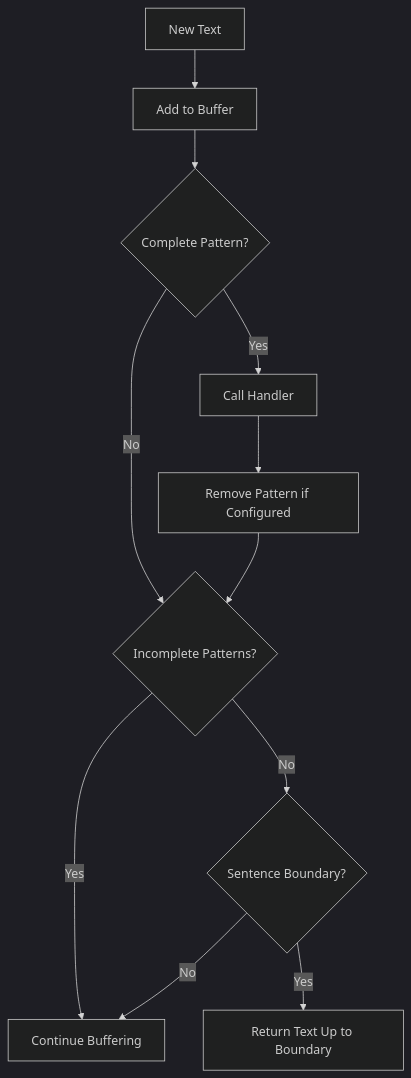
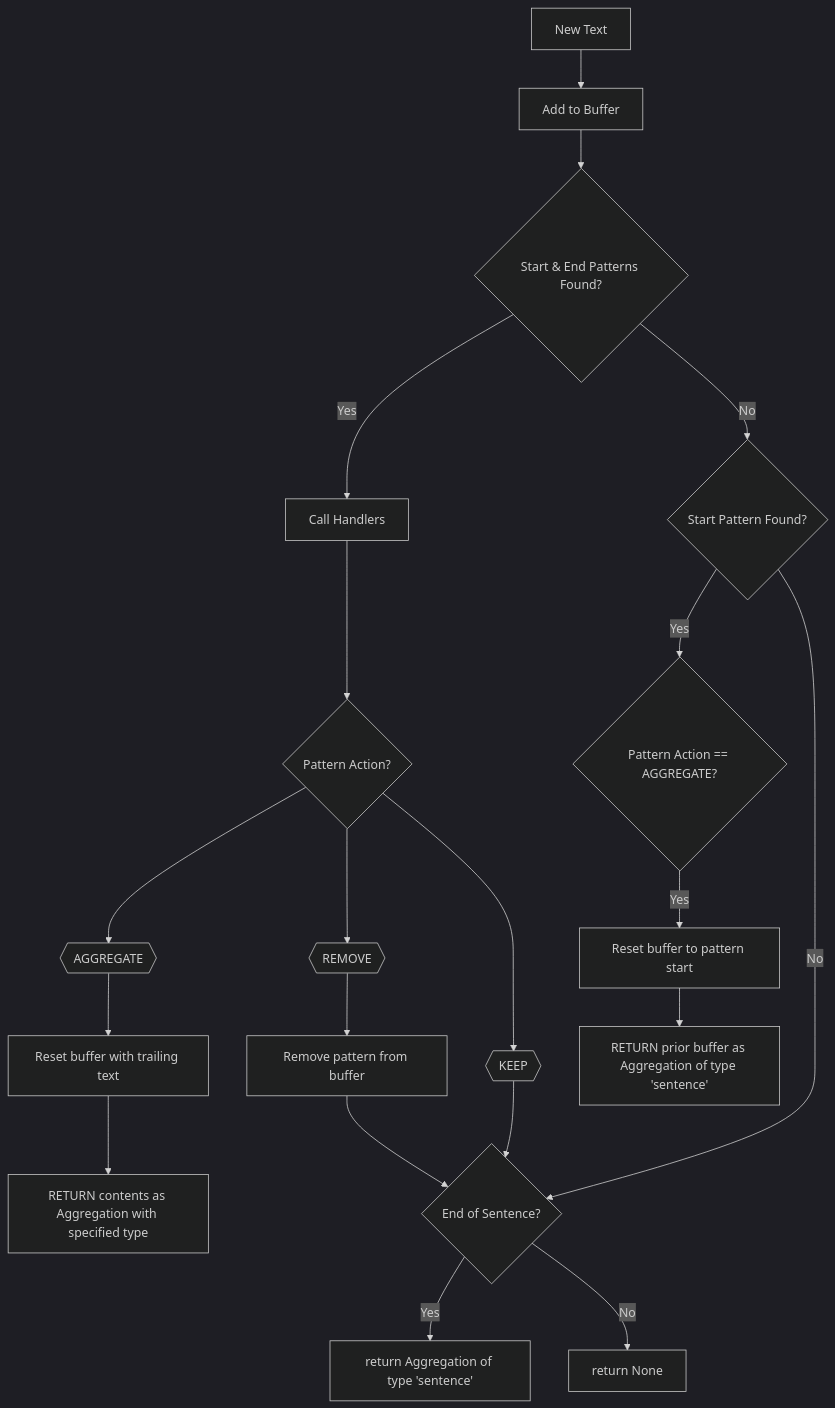
The diagram in server/utilities/text/pattern-pair-aggregator.mdx (pipecat-ai/docs), drawn with Mermaid (dark theme) before and after one commit. The commit also changed other lines of this file, not shown here.

Commit message:
Update PatternPairAggregator docs

````diff
--- a/server/utilities/text/pattern-pair-aggregator.mdx
+++ b/server/utilities/text/pattern-pair-aggregator.mdx
@@ -193,13 +247,22 @@
 ```mermaid
-graph TD
-    A[New Text] --> B[Add to Buffer]
-    B --> C{Complete Pattern?}
-    C -->|Yes| D[Call Handler]
-    D --> E[Remove Pattern if Configured]
-    C -->|No| F{Incomplete Patterns?}
-    E --> F
-    F -->|Yes| G[Continue Buffering]
-    F -->|No| H{Sentence Boundary?}
-    H -->|Yes| I[Return Text Up to Boundary]
-    H -->|No| G
+flowchart TD
+  A[New Text] --> B[Add to Buffer]
+  B --> C{Start & End Patterns Found?}
+    C --> |Yes| C1[Call Handlers]
+    C1 --> D{Pattern Action?}
+      D --> E{{AGGREGATE}}
+        E --> E1[Reset buffer with trailing text]
+        E1 --> E2[RETURN contents as Aggregation with specified type]
+      D --> F{{REMOVE}}
+        F --> F1[Remove pattern from buffer]
+        F1 --> S{End of Sentence?}
+      D --> G{{KEEP}}
+        G --> S
+    C --> |No| H{Start Pattern Found?}
+      H --> |No| S
+      H --> |Yes| I{Pattern Action == AGGREGATE?}
+        I --> |Yes| I1[Reset buffer to pattern start]
+        I1 --> I2[RETURN prior buffer as Aggregation of type 'sentence']
+    S --> |Yes| S1[return Aggregation of type 'sentence']
+    S --> | No| S2[return None]
 ```
````
